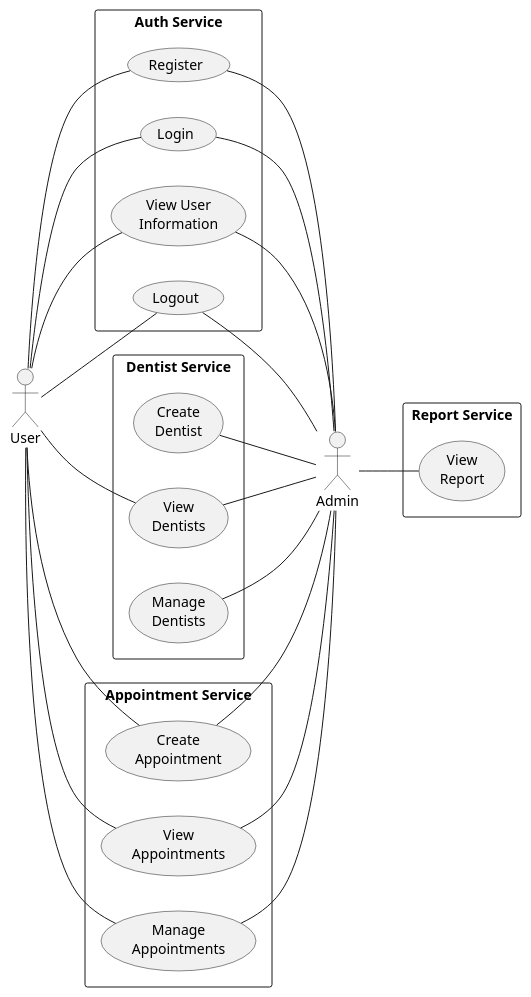
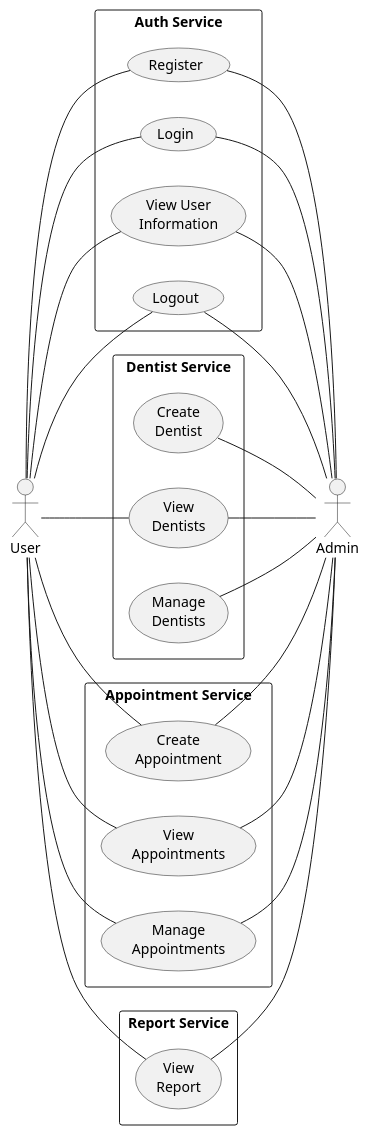
One commit to IamMrTeapot/BackendClass changed the diagram in plant-uml/usecase-diagram/UseCases.puml. Above: the diagram before and after it, drawn with PlantUML.

Commit message:
fix: update use case diagram

```diff
--- a/plant-uml/usecase-diagram/UseCases.puml
+++ b/plant-uml/usecase-diagram/UseCases.puml
@@ -1,55 +1,57 @@
 @startuml Dentist System Use Case Diagram
 left to right direction
 actor "User" as user
 rectangle "Auth Service" as AuthService {    
     usecase "Register" as register
     usecase "Login" as login
     usecase "View User\nInformation" as viewUser
     usecase "Logout" as logout
 
 }
 
 rectangle "Dentist Service" as DentistService {    
     usecase "Create\nDentist" as createDentist
     usecase "View\nDentists" as viewDentists
     usecase "Manage\nDentists" as manageDentists
 }
 
 rectangle "Appointment Service" as AppointmentService {    
     usecase "Create\nAppointment" as createAppointment
     usecase "View\nAppointments" as viewAppointments
     usecase "Manage\nAppointments" as manageAppointments
 }
 
 rectangle "Report Service" as ReportService {    
     usecase "View\nReport" as viewReport
 }
 
 user -- register
 user -- login
 user -- viewUser
 user -- logout
 
 user -- viewDentists
 
 user -- createAppointment
 user -- viewAppointments
 user -- manageAppointments
 
+user -- viewReport
+
 actor "Admin" as admin
 register -- admin
 login -- admin
 viewUser -- admin
 logout -- admin
 
 createDentist -- admin
 viewDentists -- admin
 manageDentists -- admin
 
 createAppointment -- admin
 viewAppointments -- admin
 manageAppointments -- admin
 
-admin -- viewReport
+viewReport -- admin
 
 @enduml
```
